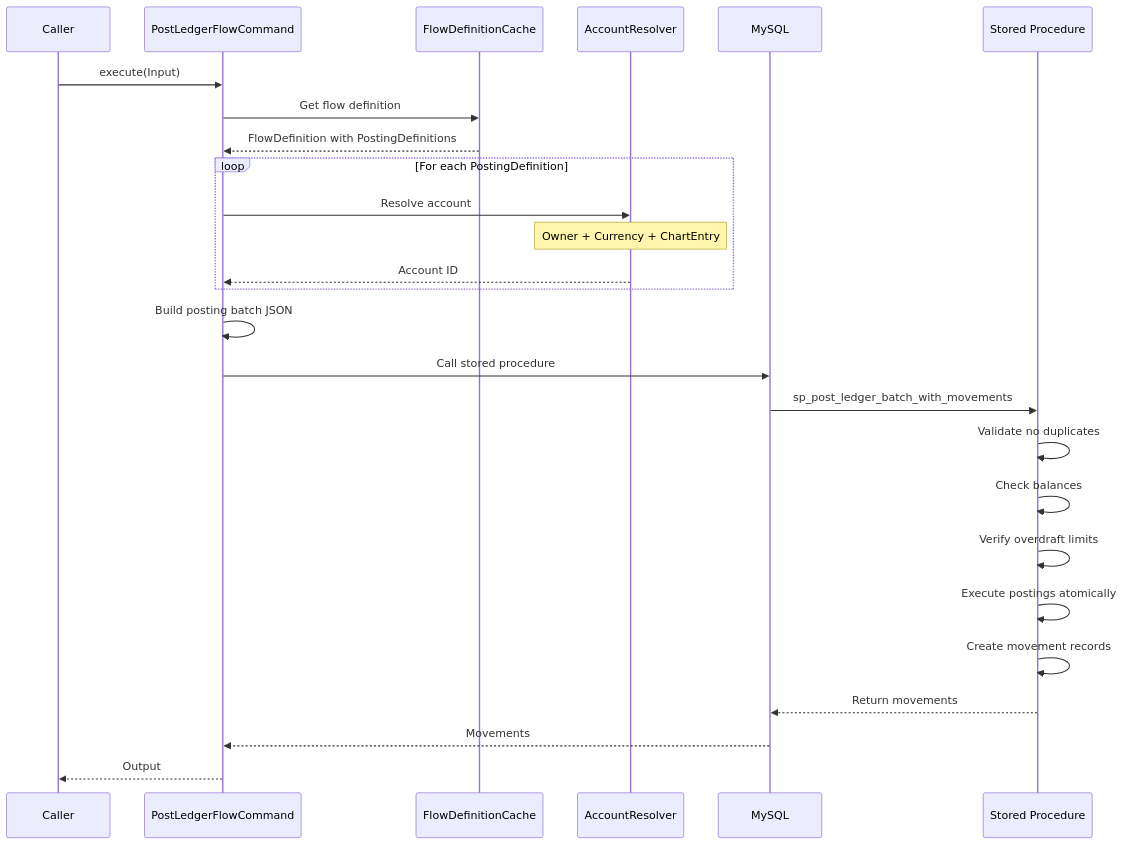
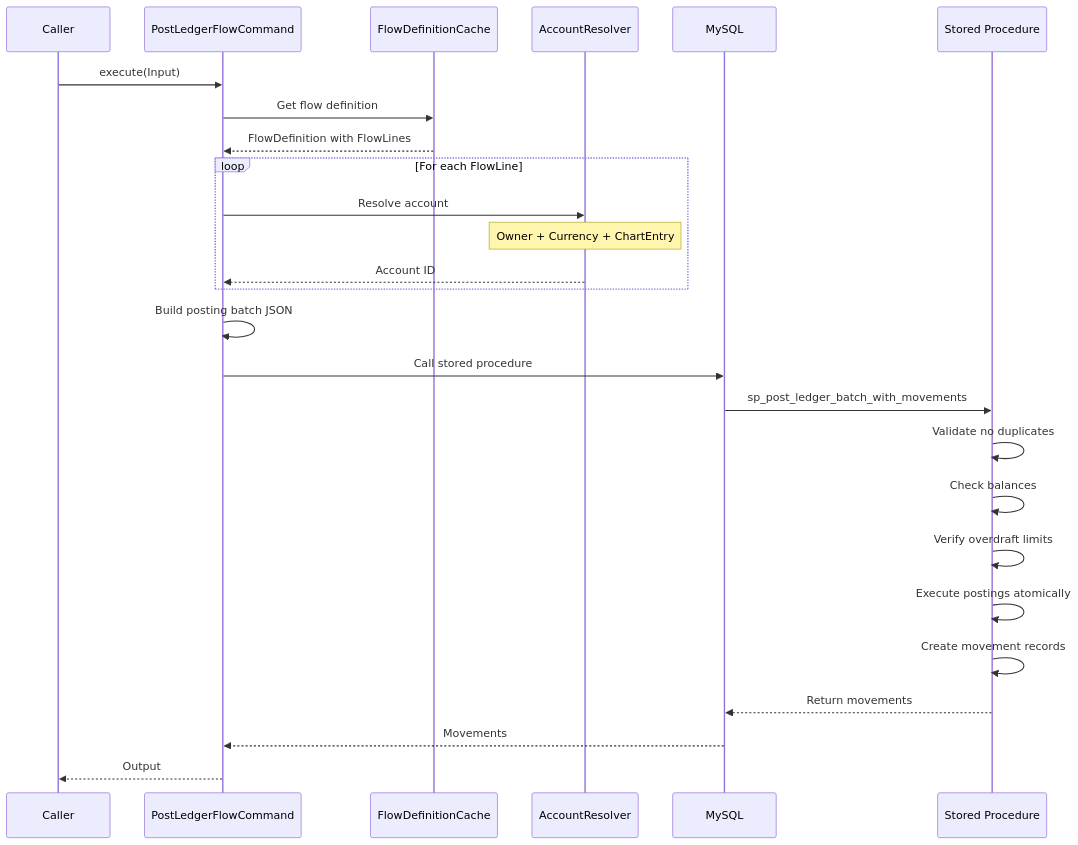
The diagram in docs/product/03-features/accounting-capabilities.md (aungthawaye/mojave), drawn with Mermaid before and after one commit. The commit also changed other lines of this file and 41 other files, not shown here.

Commit message:
refactored PostingDefinition & its related terms to FlowLine and suitable naming

````diff
--- a/docs/product/03-features/accounting-capabilities.md
+++ b/docs/product/03-features/accounting-capabilities.md
@@ -209,31 +209,31 @@
 ```mermaid
 sequenceDiagram
     participant Caller
     participant Command as PostLedgerFlowCommand
     participant Cache as FlowDefinitionCache
     participant Resolver as AccountResolver
     participant DB as MySQL
     participant SP as Stored Procedure
 
     Caller->>Command: execute(Input)
     Command->>Cache: Get flow definition
-    Cache-->>Command: FlowDefinition with PostingDefinitions
+    Cache-->>Command: FlowDefinition with FlowLines
 
-    loop For each PostingDefinition
+    loop For each FlowLine
         Command->>Resolver: Resolve account
         Note over Resolver: Owner + Currency + ChartEntry
         Resolver-->>Command: Account ID
     end
 
     Command->>Command: Build posting batch JSON
     Command->>DB: Call stored procedure
     DB->>SP: sp_post_ledger_batch_with_movements
     SP->>SP: Validate no duplicates
     SP->>SP: Check balances
     SP->>SP: Verify overdraft limits
     SP->>SP: Execute postings atomically
     SP->>SP: Create movement records
     SP-->>DB: Return movements
     DB-->>Command: Movements
     Command-->>Caller: Output
 ```
````
